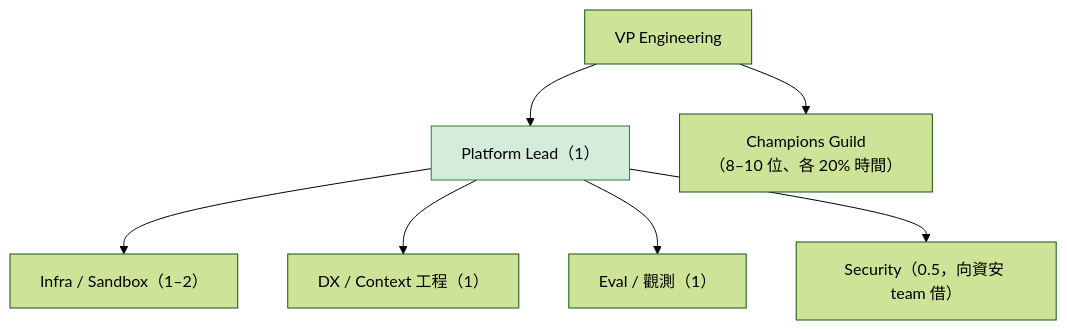
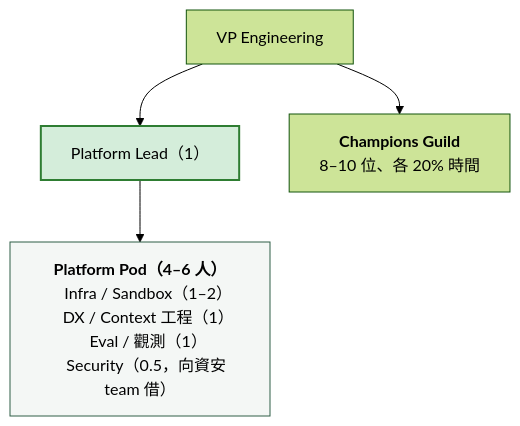
The second of 3 diagrams in 2026-09-agentic-org-design/article.md (fantasybz/medium-articles), drawn with Mermaid (forest theme) before and after one commit. The commit also changed other lines of this file and 26 other files, not shown here.

First line of the commit message:
Redraw the remaining wide and tall diagrams across all four articles

````diff
--- a/2026-09-agentic-org-design/article.md
+++ b/2026-09-agentic-org-design/article.md
@@ -75,10 +69,16 @@
 ```mermaid
 flowchart TB
-    VP["VP Engineering"] --> PL["Platform Lead（1）"]
-    VP --> G["Champions Guild<br/>（8–10 位、各 20% 時間）"]
-    PL --> IE["Infra / Sandbox（1–2）"]
-    PL --> DX["DX / Context 工程（1）"]
-    PL --> EV["Eval / 觀測（1）"]
-    PL --> SEC["Security（0.5，向資安 team 借）"]
-    style PL fill:#d4edda,stroke:#2e7d32
+    VP["VP Engineering"]
+    PL["Platform Lead（1）"]
+    TEAM["<b>Platform Pod（4–6 人）</b>
+    Infra / Sandbox（1–2）
+    DX / Context 工程（1）
+    Eval / 觀測（1）
+    Security（0.5，向資安 team 借）"]
+    G["<b>Champions Guild</b>
+    8–10 位、各 20% 時間"]
+    VP --> PL --> TEAM
+    VP --> G
+    style PL fill:#d4edda,stroke:#2e7d32,stroke-width:2px
+    style TEAM fill:#f4f7f5,stroke:#2e5e46
 ```
````
